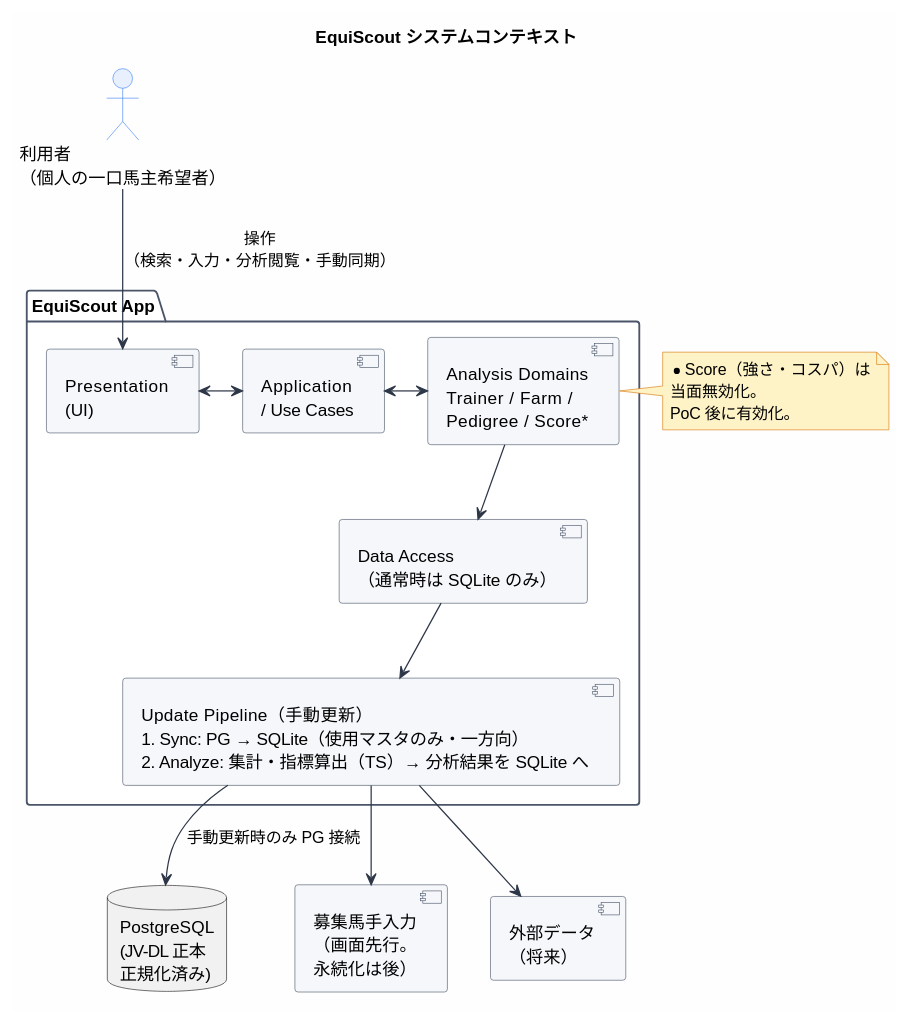
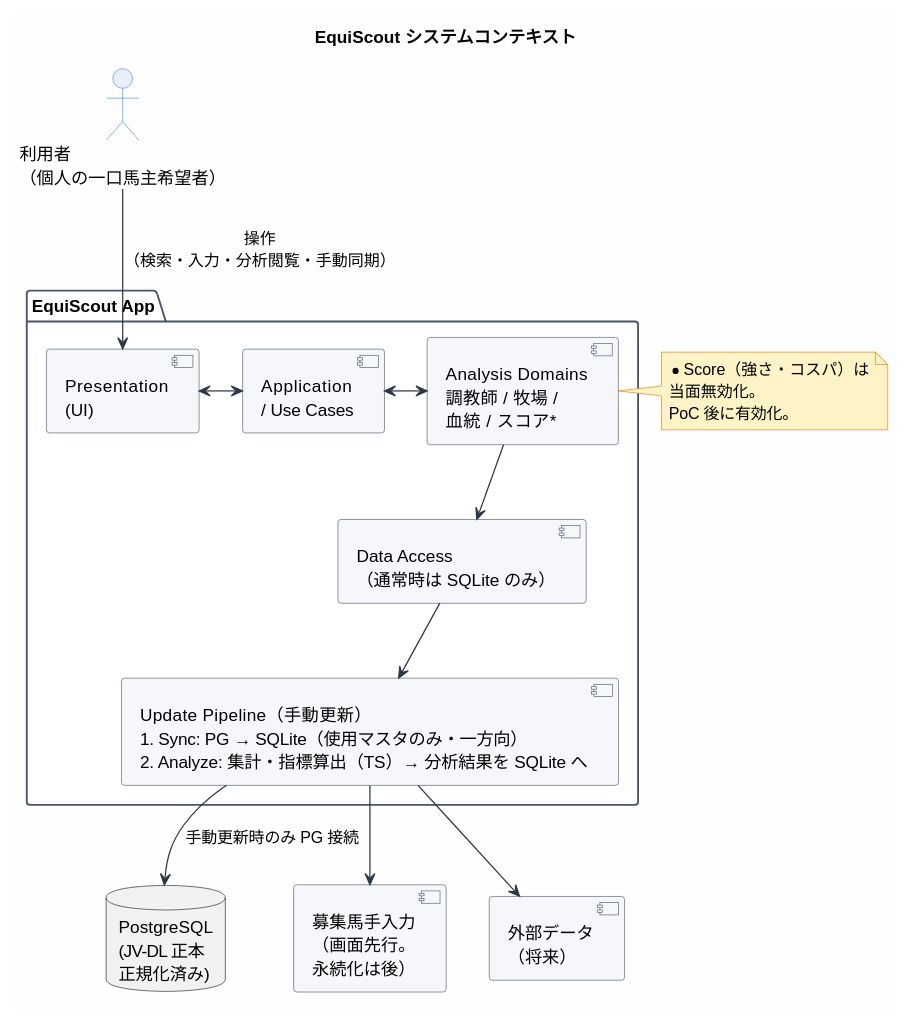
Before and after one commit to betashort/EquiScoutApp: the first of 6 diagrams in doc/02_design/architecture.md, drawn with PlantUML. The commit also changed other lines of this file and 12 other files, not shown here.

````diff
--- a/doc/02_design/architecture.md
+++ b/doc/02_design/architecture.md
@@ -63,55 +61,55 @@
 ```plantuml
 @startuml EquiScout_system_context
 skinparam backgroundColor #FEFEFE
 skinparam component {
   BackgroundColor #F5F7FA
   BorderColor #4A5568
   ArrowColor #2D3748
 }
 skinparam package {
   BackgroundColor #FFFFFF
   BorderColor #4A5568
 }
 skinparam actor {
   BackgroundColor #E8F0FE
   BorderColor #3B82F6
 }
 skinparam note {
   BackgroundColor #FEF3C7
   BorderColor #D97706
 }
 
 title EquiScout システムコンテキスト
 
 actor "利用者\n（個人の一口馬主希望者）" as User
 
 package "EquiScout App" as App {
   component "Presentation\n(UI)" as Presentation
   component "Application\n/ Use Cases" as Application
-  component "Analysis Domains\nTrainer / Farm /\nPedigree / Score*" as Analysis
+  component "Analysis Domains\n調教師 / 牧場 /\n血統 / スコア*" as Analysis
   component "Data Access\n（通常時は SQLite のみ）" as DataAccess
   component "Update Pipeline（手動更新）\n1. Sync: PG → SQLite（使用マスタのみ・一方向）\n2. Analyze: 集計・指標算出（TS）→ 分析結果を SQLite へ" as Pipeline
 
   Presentation <-> Application
   Application <-> Analysis
   Analysis --> DataAccess
   DataAccess --> Pipeline
 }
 
 database "PostgreSQL\n(JV-DL 正本\n正規化済み)" as PG
 component "募集馬手入力\n（画面先行。\n永続化は後）" as ManualInput
 component "外部データ\n（将来）" as ExternalData
 
 User --> Presentation : 操作\n（検索・入力・分析閲覧・手動同期）
 Pipeline --> PG : 手動更新時のみ PG 接続
 Pipeline --> ManualInput
 Pipeline --> ExternalData
 
 note right of Analysis
   * Score（強さ・コスパ）は
   当面無効化。
   PoC 後に有効化。
 end note
 
 @enduml
 ```
````
